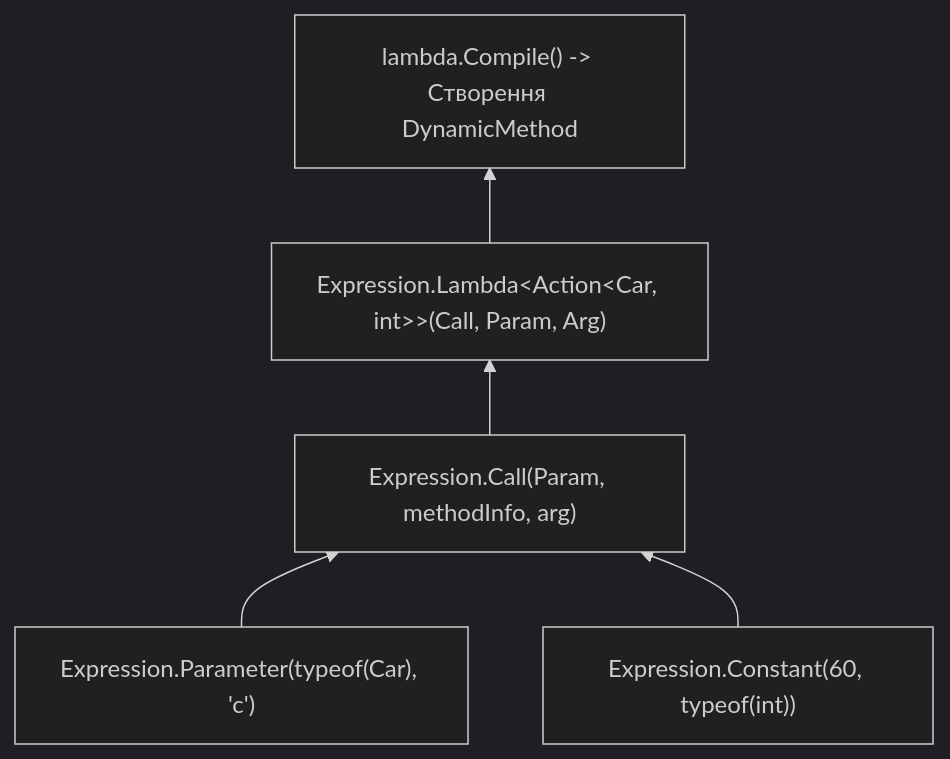
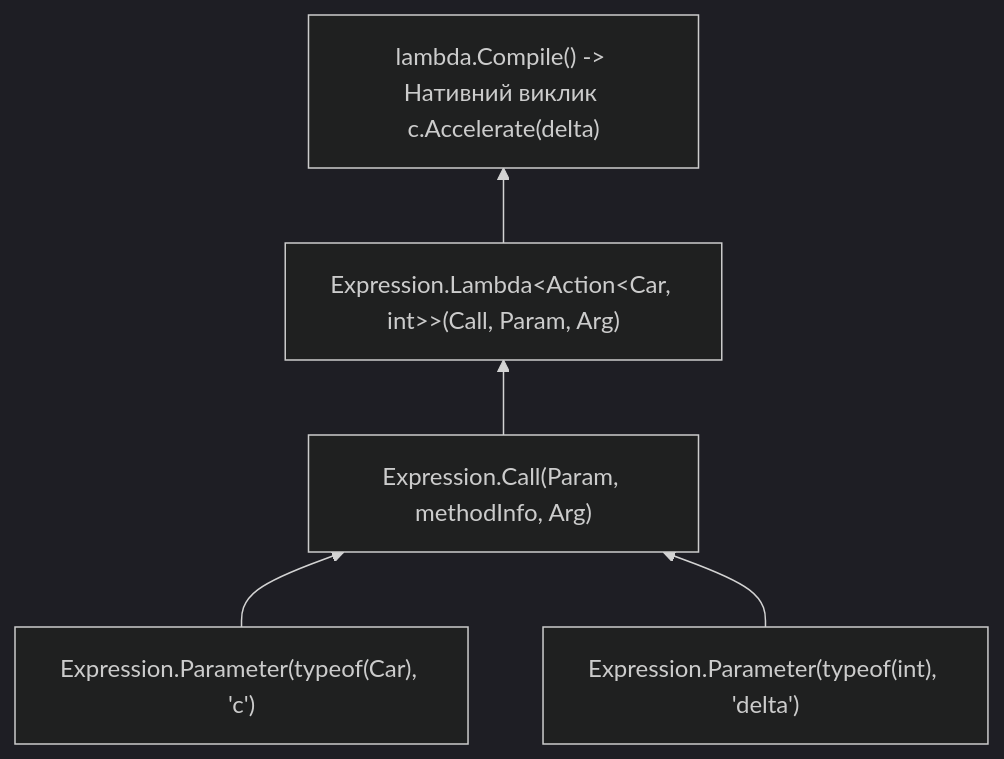
One commit to MrTomkaYurii/CSharp-OOP-Mastery changed the second of 2 diagrams in 04-Advanced-CSharp/04-Expression-Trees/Docs/02_Compiled_Delegates_And_Reflection_Boosting.md. Above: the diagram before and after it, drawn with Mermaid (dark theme). The commit also changed other lines of this file and 73 other files, not shown here.

Commit message:
docs: enrich and expand all lecture guides across chapters 01, 02, 04, 05, 06, 07, 08, 10 with deep theory, Mermaid diagrams and verified links

````diff
--- a/04-Advanced-CSharp/04-Expression-Trees/Docs/02_Compiled_Delegates_And_Reflection_Boosting.md
+++ b/04-Advanced-CSharp/04-Expression-Trees/Docs/02_Compiled_Delegates_And_Reflection_Boosting.md
@@ -14,7 +106,7 @@
 ```mermaid
 flowchart BT
-    Param["Expression.Parameter(typeof(Car), 'c')"] --> Call["Expression.Call(Param, methodInfo, arg)"]
-    Arg["Expression.Constant(60, typeof(int))"] --> Call
+    Param["Expression.Parameter(typeof(Car), 'c')"] --> Call["Expression.Call(Param, methodInfo, Arg)"]
+    Arg["Expression.Parameter(typeof(int), 'delta')"] --> Call
     Call --> Lambda["Expression.Lambda&lt;Action&lt;Car, int&gt;&gt;(Call, Param, Arg)"]
-    Lambda --> Compile["lambda.Compile() -> Створення DynamicMethod"]
+    Lambda --> Compile["lambda.Compile() -> Нативний виклик c.Accelerate(delta)"]
 ```
````
